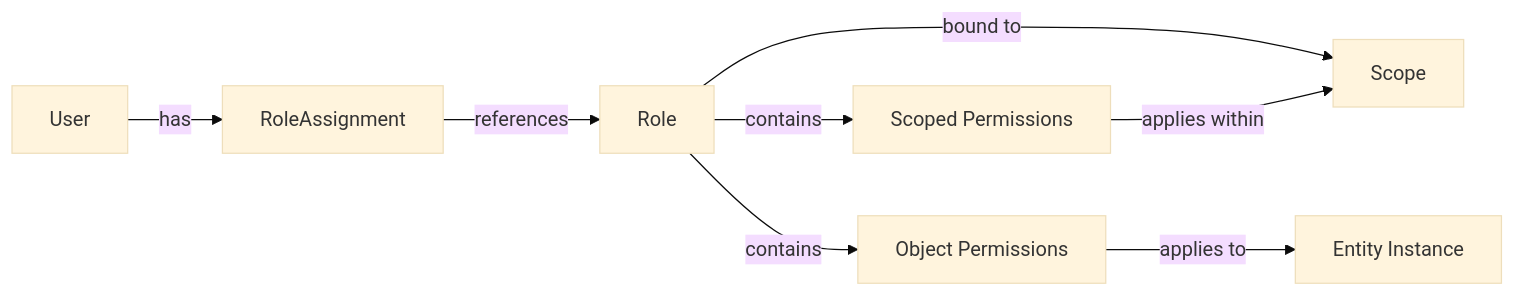
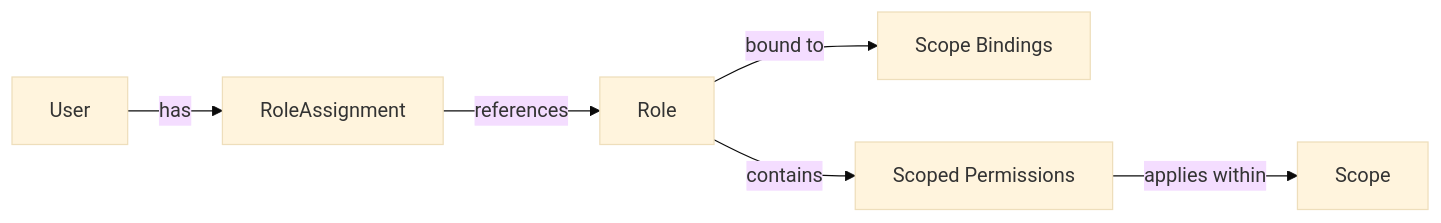
Before and after one commit to lablup/backend.ai: the first of 4 diagrams in proposals/BEP-1012-RBAC.md, drawn with Mermaid (base theme). The commit also changed other lines of this file and 6 other files, not shown here.

Commit message:
docs(BA-5677): redesign RBAC role-scope binding and deprecate global scope (#10977)

````diff
--- a/proposals/BEP-1012-RBAC.md
+++ b/proposals/BEP-1012-RBAC.md
@@ -184,10 +170,8 @@
 ```mermaid
 graph LR
     User -->|has| RoleAssignment
     RoleAssignment -->|references| Role
-    Role -->|bound to| Scope
+    Role -->|bound to| Scopes[Scope Bindings]
     Role -->|contains| ScopedPermission[Scoped Permissions]
-    Role -->|contains| ObjectPermission[Object Permissions]
     ScopedPermission -->|applies within| Scope
-    ObjectPermission -->|applies to| EntityInstance[Entity Instance]
 ```
````
